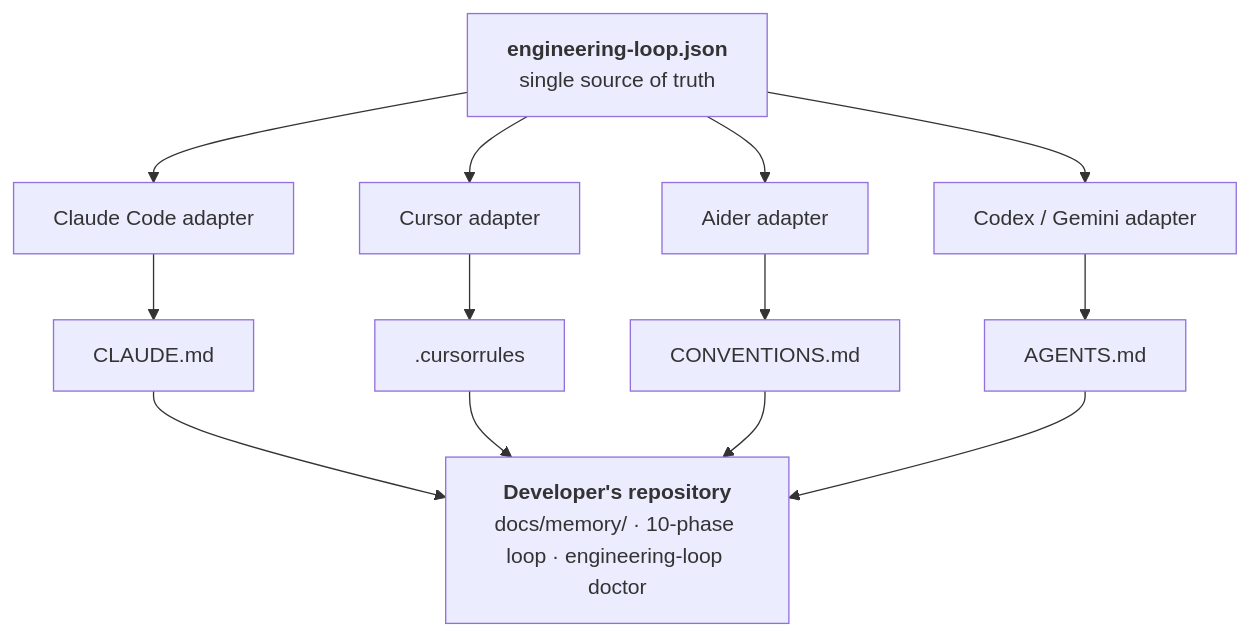
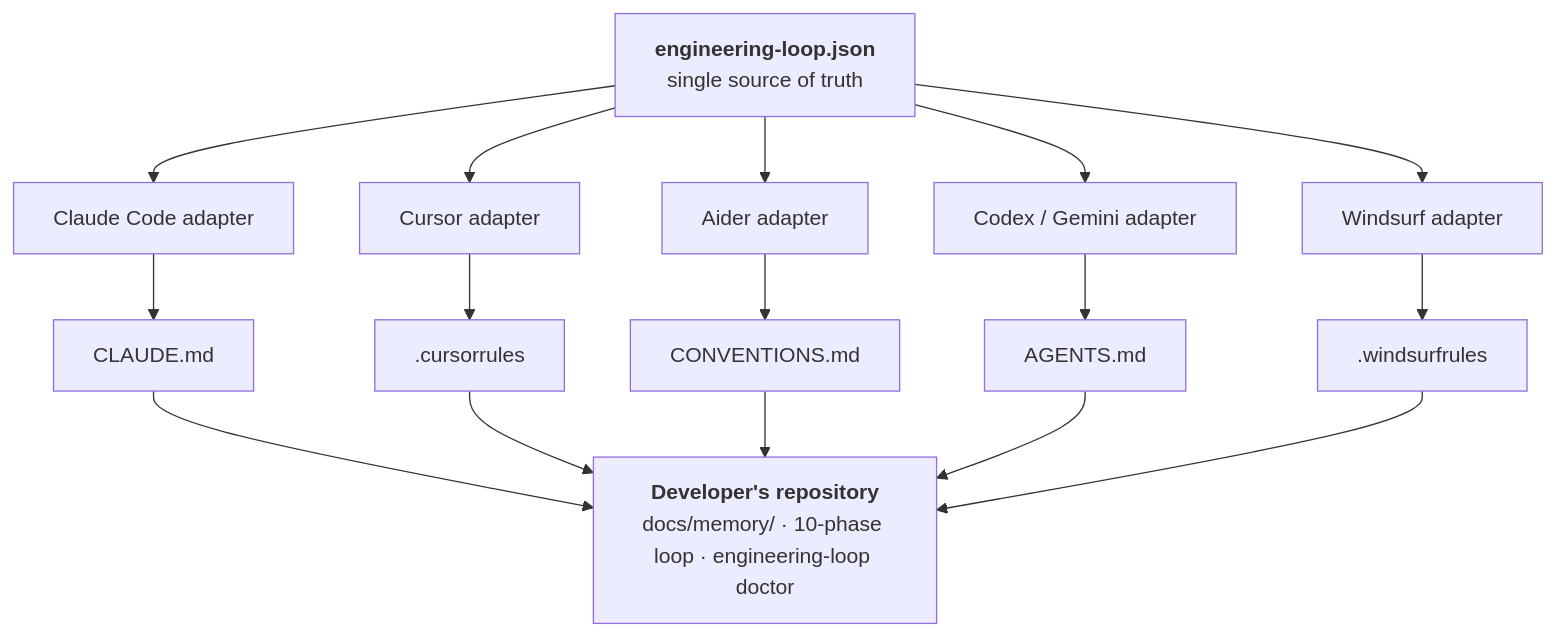
One commit to sergiorebolledo/engineering-loop-standard changed the first of 2 diagrams in README.md. Above: the diagram before and after it, drawn with Mermaid. The commit also changed other lines of this file and 32 other files, not shown here.

````diff
--- a/README.md
+++ b/README.md
@@ -52,21 +52,24 @@
 ```mermaid
 flowchart TD
     Config["<b>engineering-loop.json</b><br/>single source of truth"]
 
     Config --> ClaudeA["Claude Code adapter"]
     Config --> CursorA["Cursor adapter"]
     Config --> AiderA["Aider adapter"]
     Config --> CodexA["Codex / Gemini adapter"]
+    Config --> WindsurfA["Windsurf adapter"]
 
     ClaudeA --> ClaudeF["CLAUDE.md"]
     CursorA --> CursorF[".cursorrules"]
     AiderA --> AiderF["CONVENTIONS.md"]
     CodexA --> CodexF["AGENTS.md"]
+    WindsurfA --> WindsurfF[".windsurfrules"]
 
     ClaudeF --> Repo
     CursorF --> Repo
     AiderF --> Repo
     CodexF --> Repo
+    WindsurfF --> Repo
 
     Repo["<b>Developer's repository</b><br/>docs/memory/ · 10-phase loop · engineering-loop doctor"]
 ```
````
